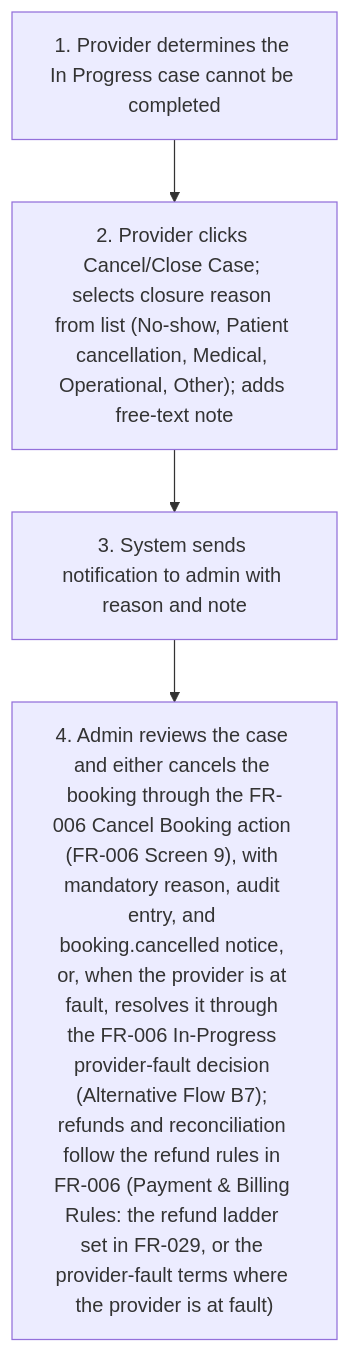
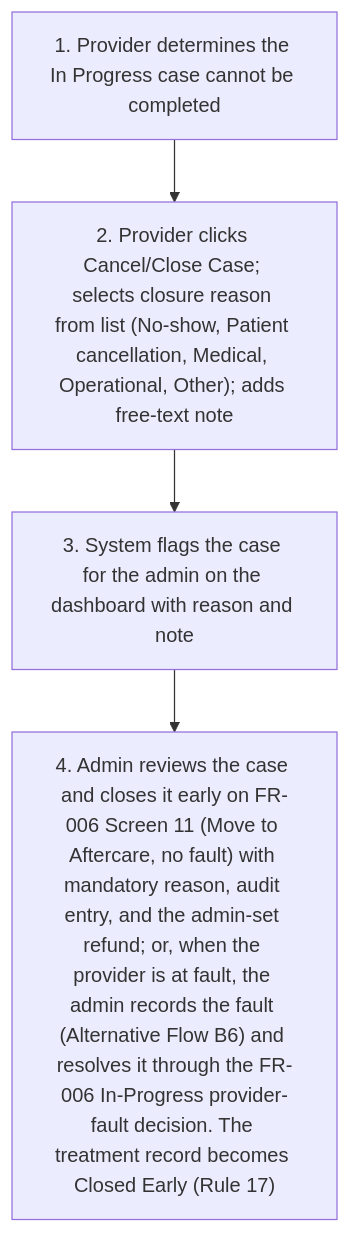
Before and after one commit to joachimtrungtuan/hairline-pm-docs: the eighth of 10 diagrams in project-requirements/functional-requirements/fr010-treatment-execution/prd.md, drawn with Mermaid. The commit also changed other lines of this file and 5 other files, not shown here.

````diff
--- a/project-requirements/functional-requirements/fr010-treatment-execution/prd.md
+++ b/project-requirements/functional-requirements/fr010-treatment-execution/prd.md
@@ -212,7 +226,7 @@
 ```mermaid
 flowchart TD
   B4S1["1. Provider determines the In Progress case cannot be completed"] --> B4S2
   B4S2["2. Provider clicks Cancel/Close Case; selects closure reason from list (No-show, Patient cancellation, Medical, Operational, Other); adds free-text note"] --> B4S3
-  B4S3["3. System sends notification to admin with reason and note"] --> B4S4
-  B4S4["4. Admin reviews the case and either cancels the booking through the FR-006 Cancel Booking action (FR-006 Screen 9), with mandatory reason, audit entry, and booking.cancelled notice, or, when the provider is at fault, resolves it through the FR-006 In-Progress provider-fault decision (Alternative Flow B7); refunds and reconciliation follow the refund rules in FR-006 (Payment & Billing Rules: the refund ladder set in FR-029, or the provider-fault terms where the provider is at fault)"]
+  B4S3["3. System flags the case for the admin on the dashboard with reason and note"] --> B4S4
+  B4S4["4. Admin reviews the case and closes it early on FR-006 Screen 11 (Move to Aftercare, no fault) with mandatory reason, audit entry, and the admin-set refund; or, when the provider is at fault, the admin records the fault (Alternative Flow B6) and resolves it through the FR-006 In-Progress provider-fault decision. The treatment record becomes Closed Early (Rule 17)"]
 ```
````
